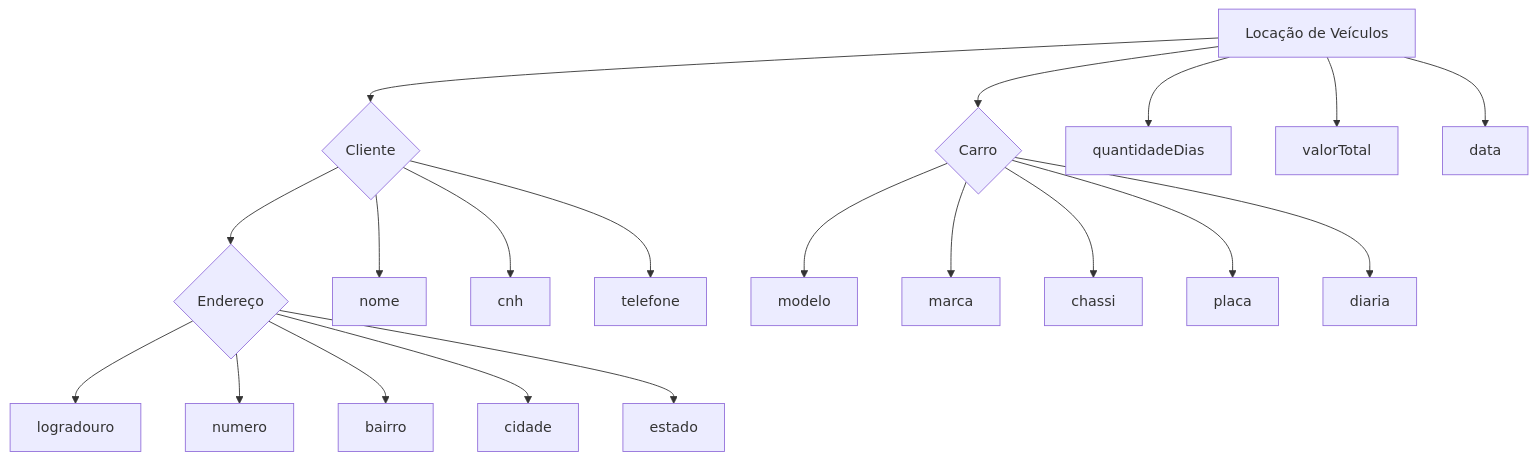
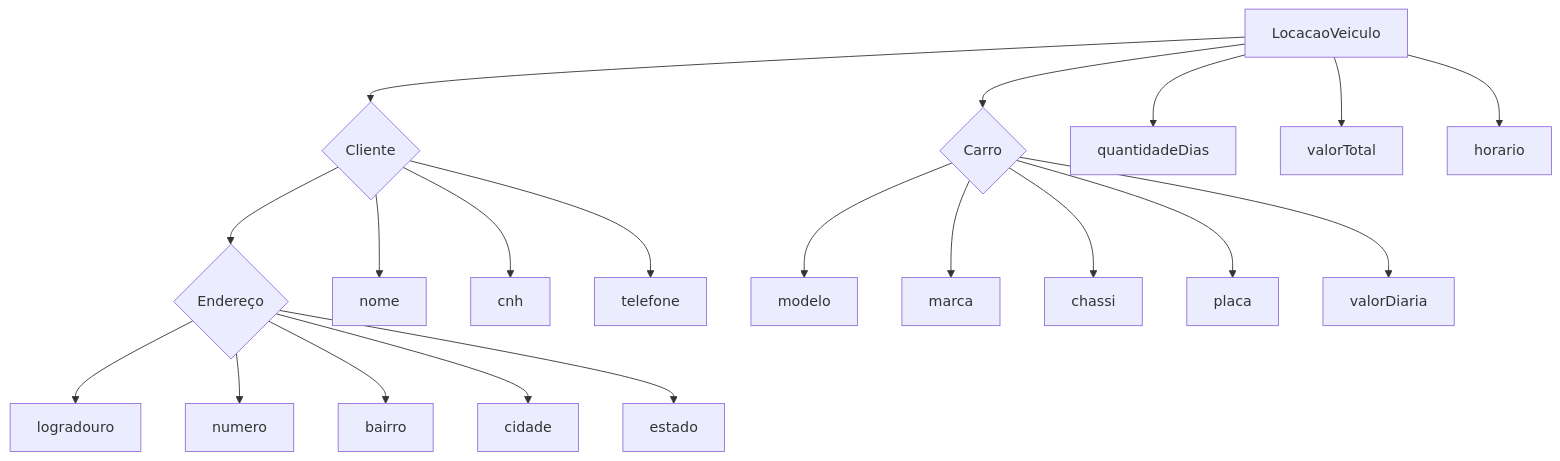
Before and after one commit to farsousa/desafio-locadora-veiculo-api: the diagram in README.md, drawn with Mermaid.

````diff
--- a/README.md
+++ b/README.md
@@ -4,32 +4,32 @@
 ```mermaid
 graph TD
-    locacao[Locação de Veículos]
+    locacao[LocacaoVeiculo]
     cliente{Cliente}
     carro{Carro}
     endereco{Endereço}
     
     locacao --> cliente
     locacao --> carro
     locacao --> quantidadeDias
     locacao --> valorTotal
-    locacao --> data
+    locacao --> horario
 
     cliente --> endereco    
     cliente --> nome
     cliente --> cnh
     cliente --> telefone
 
     endereco --> logradouro
     endereco --> numero
     endereco --> bairro
     endereco --> cidade
     endereco --> estado
     
     carro --> modelo
     carro --> marca
     carro --> chassi
     carro --> placa
-    carro --> diaria
+    carro --> valorDiaria
     
     
 ```
````
